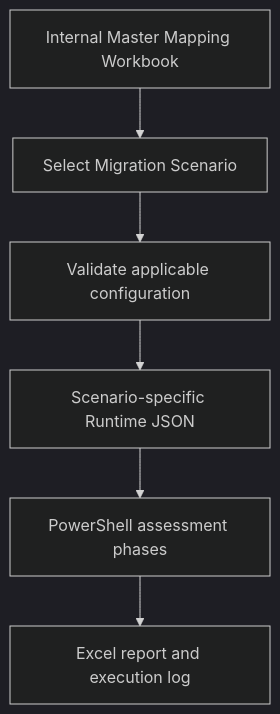
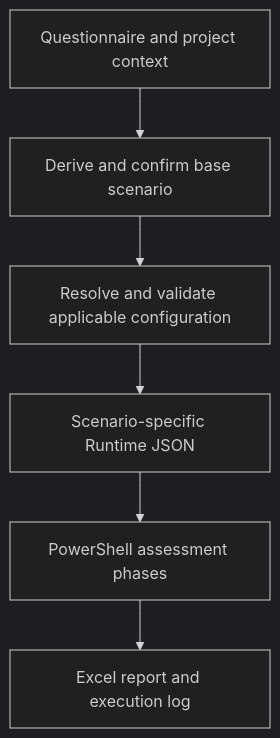
One commit to MightyM-ouse/eMAS changed the diagram in README.md. Above: the diagram before and after it, drawn with Mermaid (dark theme). The commit also changed other lines of this file and 7 other files, not shown here.

Commit message:
Apply approved scenario and questionnaire model

````diff
--- a/README.md
+++ b/README.md
@@ -35,8 +35,8 @@
 ```mermaid
 flowchart TD
-    A[Internal Master Mapping Workbook] --> B[Select Migration Scenario]
-    B --> C[Validate applicable configuration]
+    A[Questionnaire and project context] --> B[Derive and confirm base scenario]
+    B --> C[Resolve and validate applicable configuration]
     C --> D[Scenario-specific Runtime JSON]
     D --> E[PowerShell assessment phases]
     E --> F[Excel report and execution log]
 ```
````
